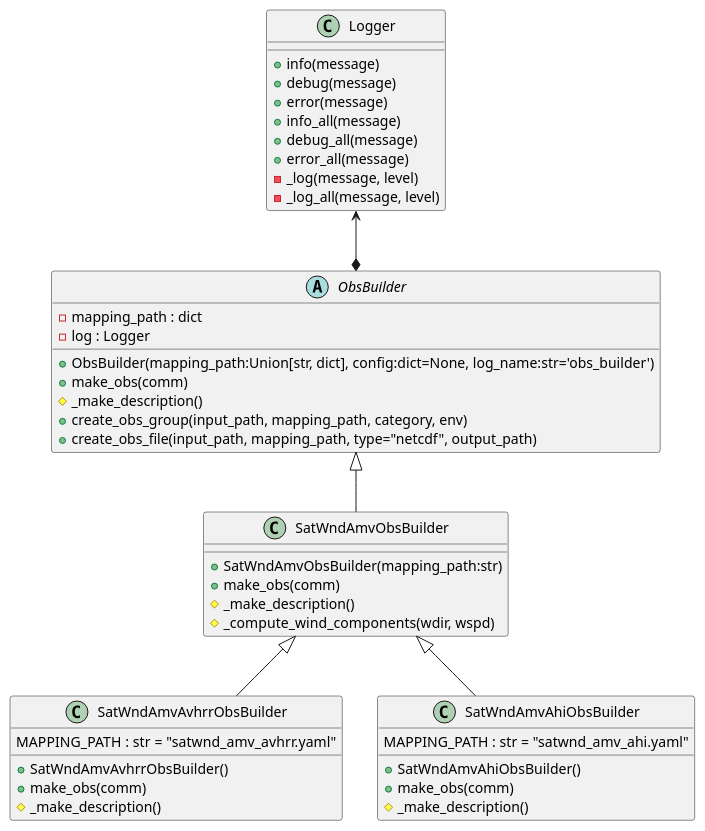
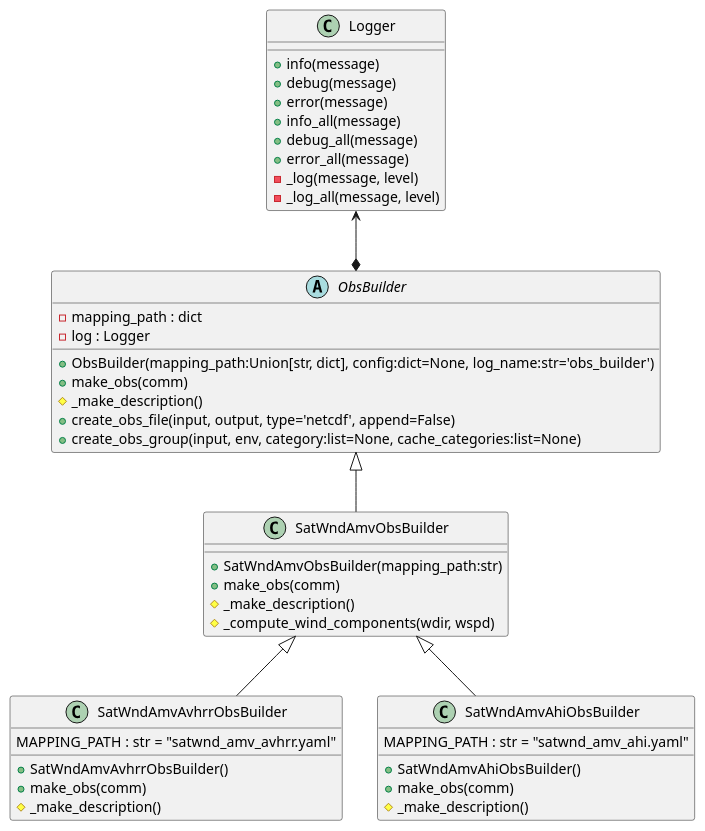
The diagram in docs/uml/BUFR_ObsBuilder.puml (NOAA-EMC/bufr-query), drawn with PlantUML before and after one commit.

```diff
--- a/docs/uml/BUFR_ObsBuilder.puml
+++ b/docs/uml/BUFR_ObsBuilder.puml
@@ -1,59 +1,59 @@
 @startuml
 'skinparam dpi 300
 'scale 1024 width
 
 class Logger
 {
   + info(message)
   + debug(message)
   + error(message)
   + info_all(message)
   + debug_all(message)
   + error_all(message)
   - _log(message, level)
   - _log_all(message, level)
 }
 
 abstract class ObsBuilder
 {
   - mapping_path : dict
   - log : Logger
 
   + ObsBuilder(mapping_path:Union[str, dict], config:dict=None, log_name:str='obs_builder')
   + make_obs(comm)
   # _make_description()
-  + create_obs_group(input_path, mapping_path, category, env)
-  + create_obs_file(input_path, mapping_path, type="netcdf", output_path)
+  + create_obs_file(input, output, type='netcdf', append=False)
+  + create_obs_group(input, env, category:list=None, cache_categories:list=None)
 }
 
 class SatWndAmvObsBuilder
 {
   + SatWndAmvObsBuilder(mapping_path:str)
   + make_obs(comm)
   # _make_description()
   # _compute_wind_components(wdir, wspd)
 }
 
 class SatWndAmvAvhrrObsBuilder
 {
   MAPPING_PATH : str = "satwnd_amv_avhrr.yaml"
   + SatWndAmvAvhrrObsBuilder()
   + make_obs(comm)
   # _make_description()
 }
 
 class SatWndAmvAhiObsBuilder
 {
    MAPPING_PATH : str = "satwnd_amv_ahi.yaml"
   + SatWndAmvAhiObsBuilder()
   + make_obs(comm)
   # _make_description()
 }
 
 Logger <--* ObsBuilder
 ObsBuilder <|-- SatWndAmvObsBuilder
 SatWndAmvObsBuilder <|-- SatWndAmvAvhrrObsBuilder
 SatWndAmvObsBuilder <|-- SatWndAmvAhiObsBuilder
 
 
 @enduml
```
